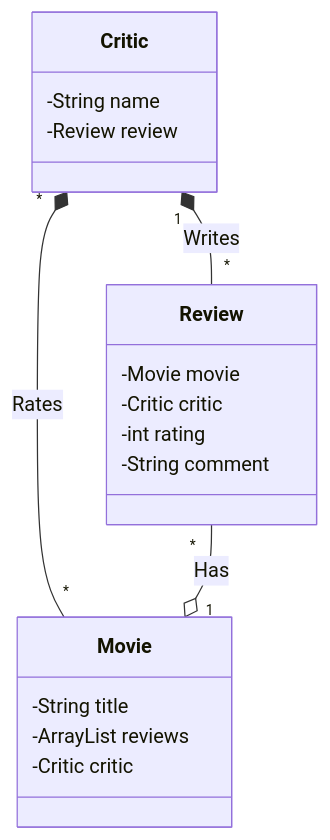
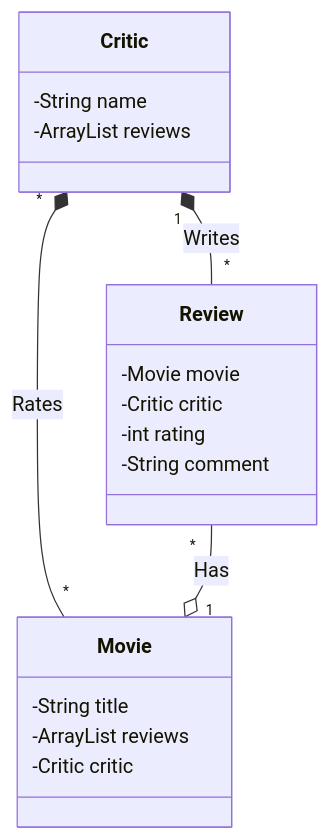
Before and after one commit to vallvicity/CursoDAW: the second of 4 diagrams in labse02moviemanager.qmd, drawn with Mermaid. The commit also changed other lines of this file and 16 other files, not shown here.

````diff
--- a/labse02moviemanager.qmd
+++ b/labse02moviemanager.qmd
@@ -71,22 +71,22 @@
 ```{mermaid}
 classDiagram 
     Critic "1" *-- "*" Review: Writes
     Critic "*" *-- "*" Movie: Rates
     Review "*" --o "1" Movie: Has
     class Movie{
         -String title
-        -ArrayList<Review> reviews
+        -ArrayList <Review> reviews
         -Critic critic
     }
     class Critic{
         -String name
-        -Review review
+        -ArrayList<Review> reviews
     }
     
     class Review{
         -Movie movie
         -Critic critic
         -int rating
         -String comment
     }
 ```
````
